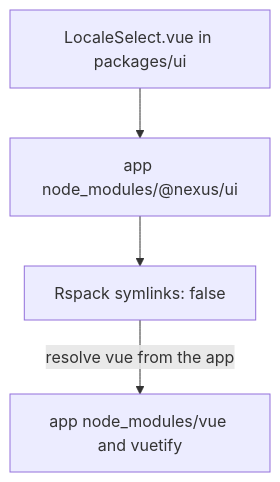
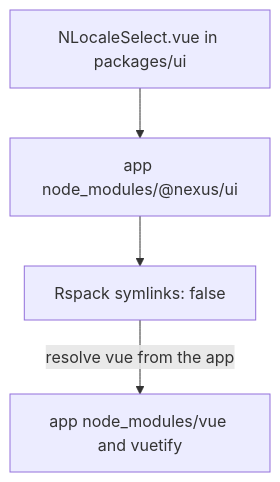
Before and after one commit to kasgarally/ik-nexus: the third of 4 diagrams in PACKAGES.md, drawn with Mermaid. The commit also changed other lines of this file and 27 other files, not shown here.

````diff
--- a/PACKAGES.md
+++ b/PACKAGES.md
@@ -267,10 +267,10 @@
 ```mermaid
 flowchart TB
-  sfc["LocaleSelect.vue in packages/ui"]
+  sfc["NLocaleSelect.vue in packages/ui"]
   junction["app node_modules/@nexus/ui"]
   rspack["Rspack symlinks: false"]
   appVue["app node_modules/vue and vuetify"]
   sfc --> junction
   junction --> rspack
   rspack -->|"resolve vue from the app"| appVue
 ```
````
